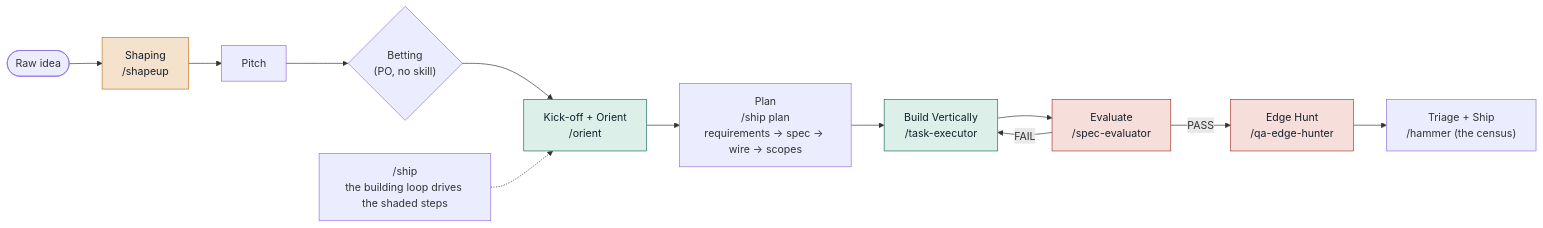
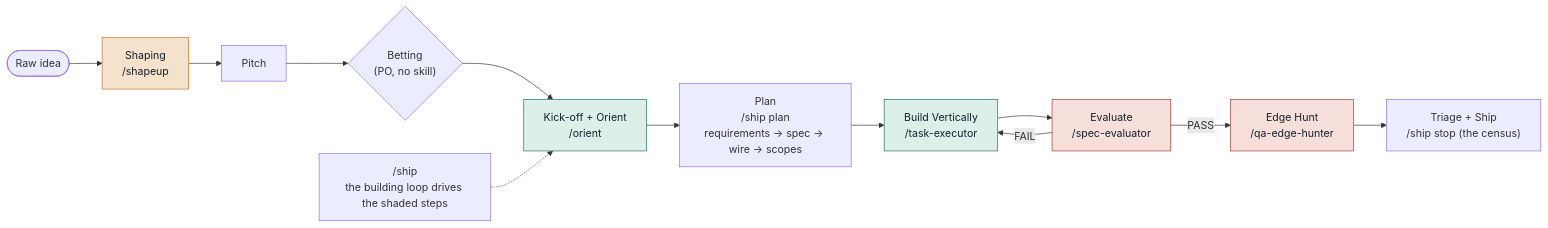
The diagram in docs/design/02-high-level-design.md (nguyenvanphituoc/shapeup-sdlc-plugin), drawn with Mermaid before and after one commit. The commit also changed 17 other files, not shown here.

````diff
--- a/docs/design/02-high-level-design.md
+++ b/docs/design/02-high-level-design.md
@@ -11,21 +11,21 @@
 ```mermaid
 graph LR
     A(["Raw idea"]) --> S["Shaping\n/shapeup"]
     S --> P["Pitch"]
     P --> BET{"Betting\n(PO, no skill)"}
     BET --> KO["Kick-off + Orient\n/orient"]
     KO --> PLAN["Plan\n/ship plan\nrequirements → spec → wire → scopes"]
     PLAN --> BUILD["Build Vertically\n/task-executor"]
     BUILD --> EVAL["Evaluate\n/spec-evaluator"]
     EVAL -- FAIL --> BUILD
     EVAL -- PASS --> QA["Edge Hunt\n/qa-edge-hunter"]
-    QA --> SHIP["Triage + Ship\n/hammer (the census)"]
+    QA --> SHIP["Triage + Ship\n/ship stop (the census)"]
     TL["/ship\nthe building loop drives the shaded steps"] -.-> KO
 
     classDef plan fill:#f4e2cd,stroke:#c4711f,color:#14202b;
     classDef build fill:#dcefe9,stroke:#1a6d60,color:#14202b;
     classDef qa fill:#f6dfdb,stroke:#a8382c,color:#14202b;
     class S,WIRE,MAP plan;
     class KO,BUILD build;
     class QA,EVAL qa;
 ```
````
